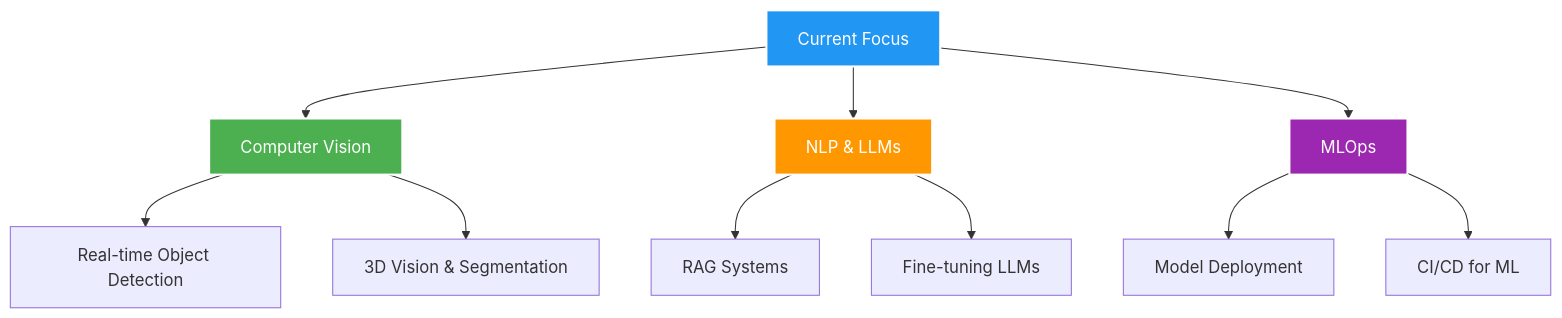
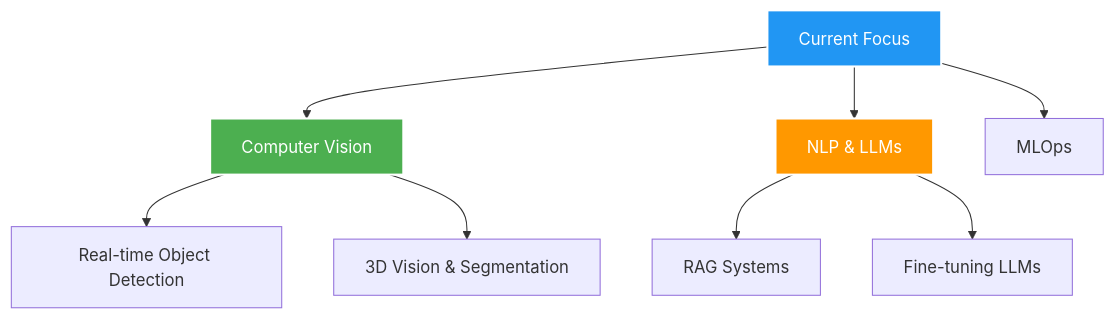
The diagram in README.md (ilyas-ourara/ilyas-ourara), drawn with Mermaid before and after one commit.

````diff
--- a/README.md
+++ b/README.md
@@ -131,20 +131,19 @@
 ```mermaid
 graph TD
     A[Current Focus] --> B[Computer Vision]
     A --> C[NLP & LLMs]
     A --> D[MLOps]
     
     B --> E[Real-time Object Detection]
     B --> F[3D Vision & Segmentation]
     
     C --> G[RAG Systems]
     C --> H[Fine-tuning LLMs]
     
-    D --> I[Model Deployment]
-    D --> J[CI/CD for ML]
+ 
     
     style A fill:#2196F3,stroke:#fff,stroke-width:2px,color:#fff
     style B fill:#4CAF50,stroke:#fff,stroke-width:2px,color:#fff
     style C fill:#FF9800,stroke:#fff,stroke-width:2px,color:#fff
-    style D fill:#9C27B0,stroke:#fff,stroke-width:2px,color:#fff
+  
 ```
````
